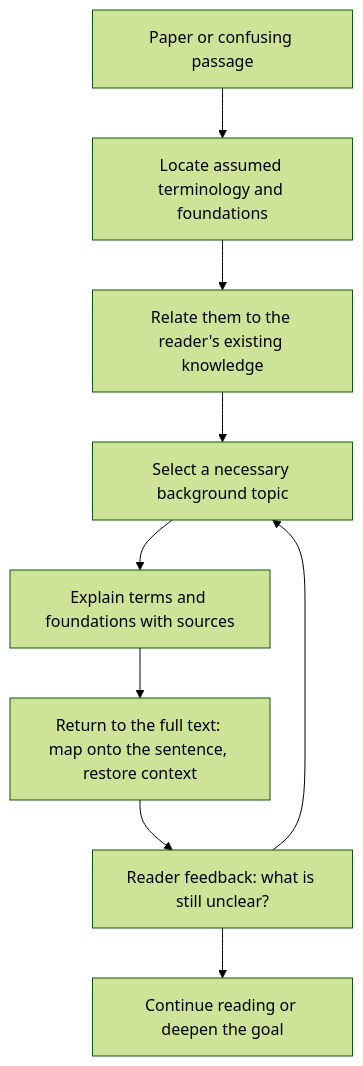
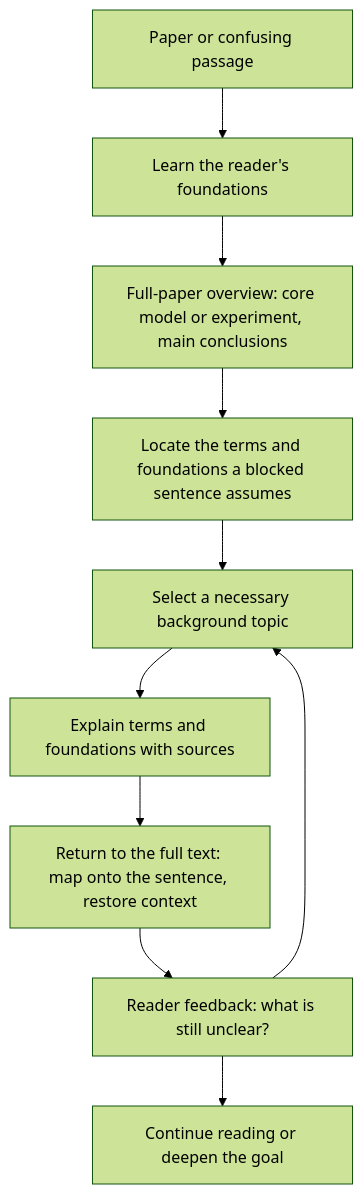
The diagram in README.md (relativity143/an-agent-for-paper-reading), drawn with Mermaid (forest theme) before and after one commit. The commit also changed other lines of this file and 3 other files, not shown here.

First line of the commit message:
docs: add a full-paper overview before sentence-level help

````diff
--- a/README.md
+++ b/README.md
@@ -65,11 +67,12 @@
 ```mermaid
 flowchart TD
-    A[Paper or confusing passage] --> B[Locate assumed terminology and foundations]
-    B --> C[Relate them to the reader's existing knowledge]
-    C --> D[Select a necessary background topic]
+    A[Paper or confusing passage] --> C[Learn the reader's foundations]
+    C --> O[Full-paper overview: core model or experiment, main conclusions]
+    O --> B[Locate the terms and foundations a blocked sentence assumes]
+    B --> D[Select a necessary background topic]
     D --> E[Explain terms and foundations with sources]
     E --> F[Return to the full text: map onto the sentence, restore context]
     F --> G[Reader feedback: what is still unclear?]
     G --> D
     G --> H[Continue reading or deepen the goal]
 ```
````
